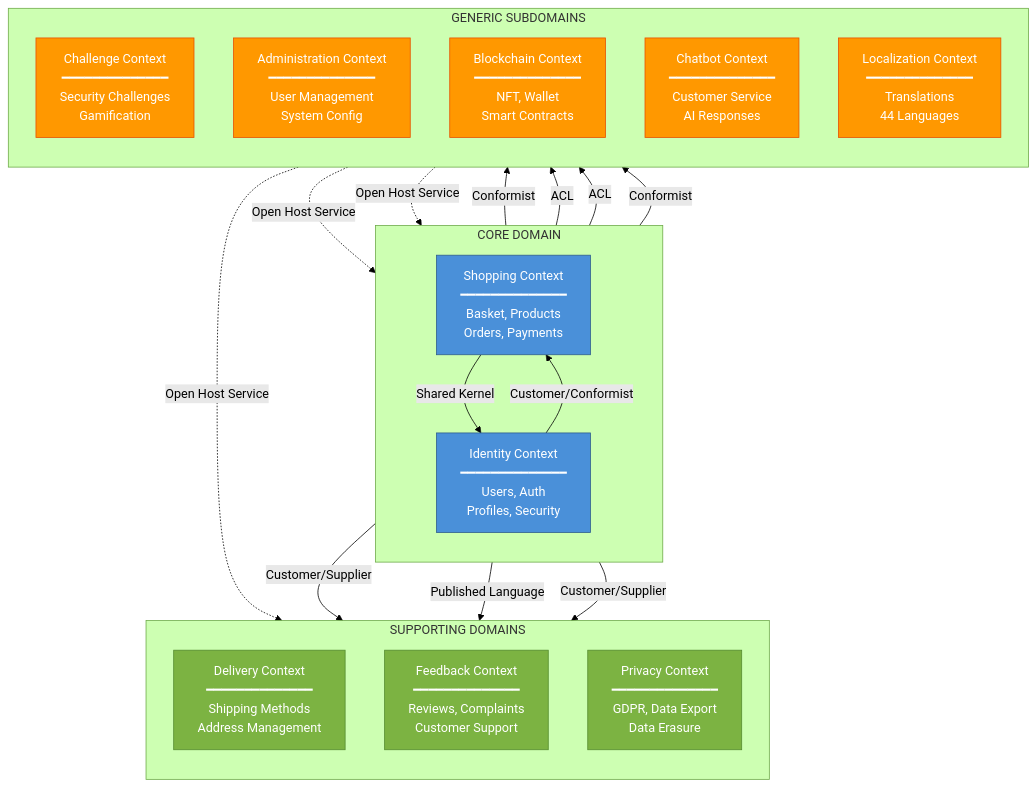
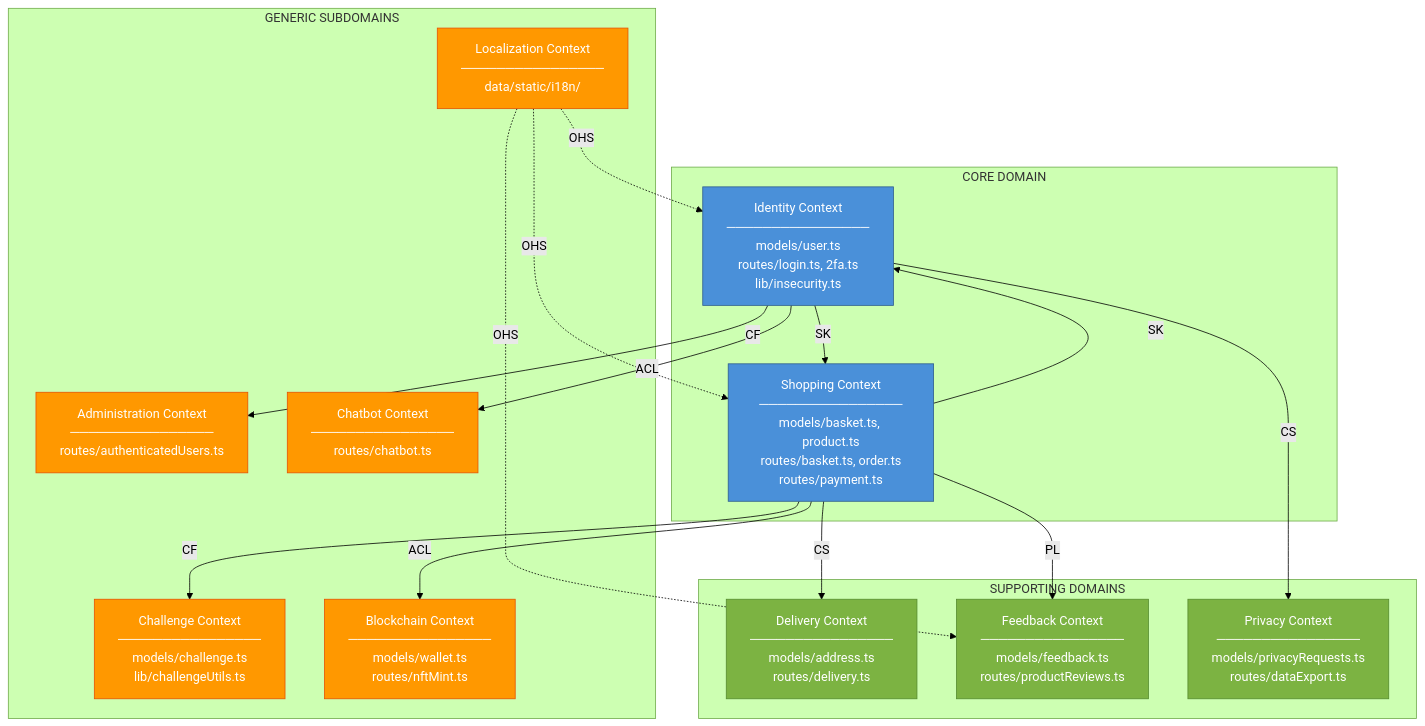
Before and after one commit to SebastianAlecio/ISA_PJ: the first of 3 diagrams in Entrega 1/CONTEXT_MAP.md, drawn with Mermaid (forest theme). The commit also changed other lines of this file, not shown here.

````diff
--- a/Entrega 1/CONTEXT_MAP.md
+++ b/Entrega 1/CONTEXT_MAP.md
@@ -11,52 +191,43 @@
 ```mermaid
 flowchart TB
     subgraph Core["CORE DOMAIN"]
-        direction TB
-        SHOP["Shopping Context<br/>━━━━━━━━━━━━━━<br/>Basket, Products<br/>Orders, Payments"]
-        USER["Identity Context<br/>━━━━━━━━━━━━━━<br/>Users, Auth<br/>Profiles, Security"]
+        IDENTITY["Identity Context<br/>────────────────<br/>models/user.ts<br/>routes/login.ts, 2fa.ts<br/>lib/insecurity.ts"]
+        SHOPPING["Shopping Context<br/>────────────────<br/>models/basket.ts, product.ts<br/>routes/basket.ts, order.ts<br/>routes/payment.ts"]
     end
 
     subgraph Supporting["SUPPORTING DOMAINS"]
-        direction TB
-        DELIVERY["Delivery Context<br/>━━━━━━━━━━━━━━<br/>Shipping Methods<br/>Address Management"]
-        FEEDBACK["Feedback Context<br/>━━━━━━━━━━━━━━<br/>Reviews, Complaints<br/>Customer Support"]
-        PRIVACY["Privacy Context<br/>━━━━━━━━━━━━━━<br/>GDPR, Data Export<br/>Data Erasure"]
+        DELIVERY["Delivery Context<br/>────────────────<br/>models/address.ts<br/>routes/delivery.ts"]
+        FEEDBACK["Feedback Context<br/>────────────────<br/>models/feedback.ts<br/>routes/productReviews.ts"]
+        PRIVACY["Privacy Context<br/>────────────────<br/>models/privacyRequests.ts<br/>routes/dataExport.ts"]
     end
 
     subgraph Generic["GENERIC SUBDOMAINS"]
-        direction TB
-        CHALLENGE["Challenge Context<br/>━━━━━━━━━━━━━━<br/>Security Challenges<br/>Gamification"]
-        ADMIN["Administration Context<br/>━━━━━━━━━━━━━━<br/>User Management<br/>System Config"]
-        WEB3["Blockchain Context<br/>━━━━━━━━━━━━━━<br/>NFT, Wallet<br/>Smart Contracts"]
-        CHATBOT["Chatbot Context<br/>━━━━━━━━━━━━━━<br/>Customer Service<br/>AI Responses"]
-        I18N["Localization Context<br/>━━━━━━━━━━━━━━<br/>Translations<br/>44 Languages"]
+        CHALLENGE["Challenge Context<br/>────────────────<br/>models/challenge.ts<br/>lib/challengeUtils.ts"]
+        ADMIN["Administration Context<br/>────────────────<br/>routes/authenticatedUsers.ts"]
+        BLOCKCHAIN["Blockchain Context<br/>────────────────<br/>models/wallet.ts<br/>routes/nftMint.ts"]
+        CHATBOT["Chatbot Context<br/>────────────────<br/>routes/chatbot.ts"]
+        I18N["Localization Context<br/>────────────────<br/>data/static/i18n/"]
     end
 
-    %% Core Domain Relationships
-    USER -->|"Customer/Conformist"| SHOP
-    SHOP -->|"Shared Kernel"| USER
-
-    %% Supporting Domain Relationships
-    SHOP -->|"Customer/Supplier"| DELIVERY
-    SHOP -->|"Published Language"| FEEDBACK
-    USER -->|"Customer/Supplier"| PRIVACY
-
-    %% Generic Subdomain Relationships
-    USER -->|"Conformist"| ADMIN
-    SHOP -->|"ACL"| WEB3
-    USER -->|"ACL"| CHATBOT
-    SHOP -->|"Conformist"| CHALLENGE
-
-    %% Cross-cutting
-    I18N -.->|"Open Host Service"| SHOP
-    I18N -.->|"Open Host Service"| USER
-    I18N -.->|"Open Host Service"| FEEDBACK
+    %% Relationships
+    IDENTITY -->|"SK"| SHOPPING
+    SHOPPING -->|"SK"| IDENTITY
+    SHOPPING -->|"CS"| DELIVERY
+    SHOPPING -->|"PL"| FEEDBACK
+    IDENTITY -->|"CS"| PRIVACY
+    IDENTITY -->|"CF"| ADMIN
+    SHOPPING -->|"ACL"| BLOCKCHAIN
+    IDENTITY -->|"ACL"| CHATBOT
+    SHOPPING -->|"CF"| CHALLENGE
+    I18N -.->|"OHS"| SHOPPING
+    I18N -.->|"OHS"| IDENTITY
+    I18N -.->|"OHS"| FEEDBACK
 
     classDef core fill:#4a90d9,stroke:#2e5d8c,color:white
     classDef supporting fill:#7cb342,stroke:#558b2f,color:white
     classDef generic fill:#ff9800,stroke:#e65100,color:white
 
-    class SHOP,USER core
+    class IDENTITY,SHOPPING core
     class DELIVERY,FEEDBACK,PRIVACY supporting
-    class CHALLENGE,ADMIN,WEB3,CHATBOT,I18N generic
+    class CHALLENGE,ADMIN,BLOCKCHAIN,CHATBOT,I18N generic
 ```
````
